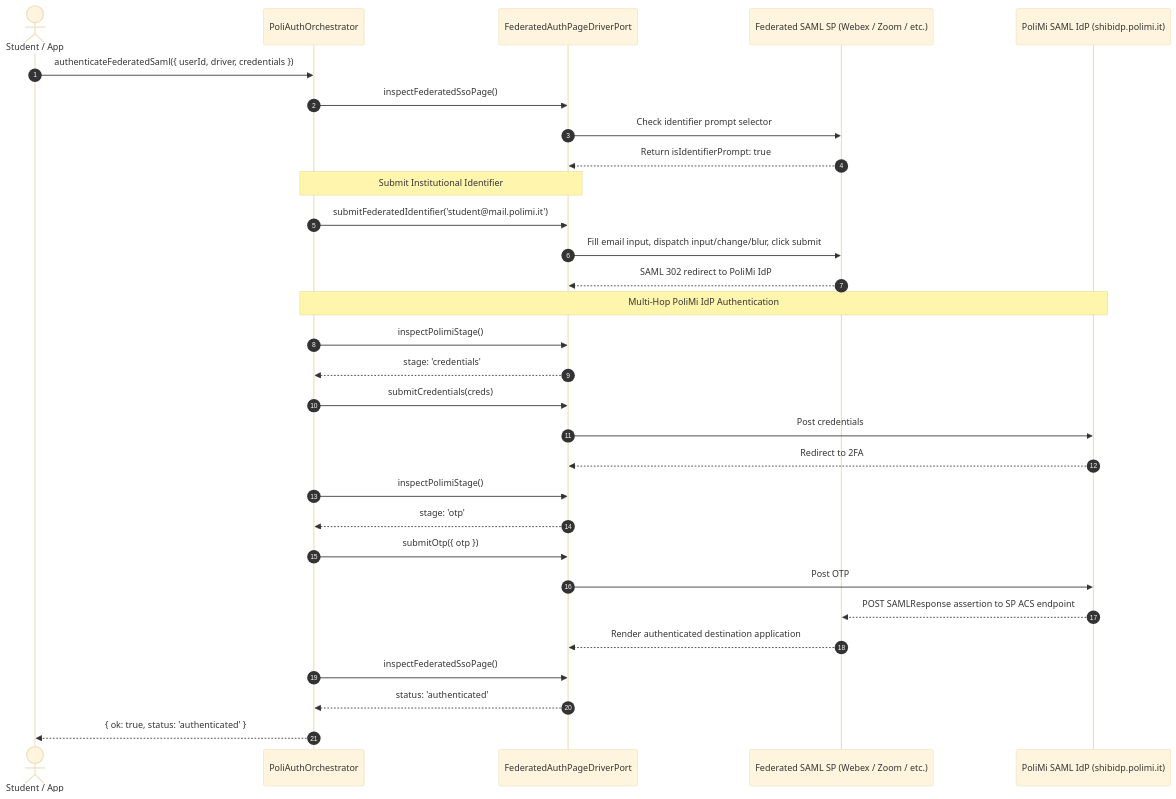
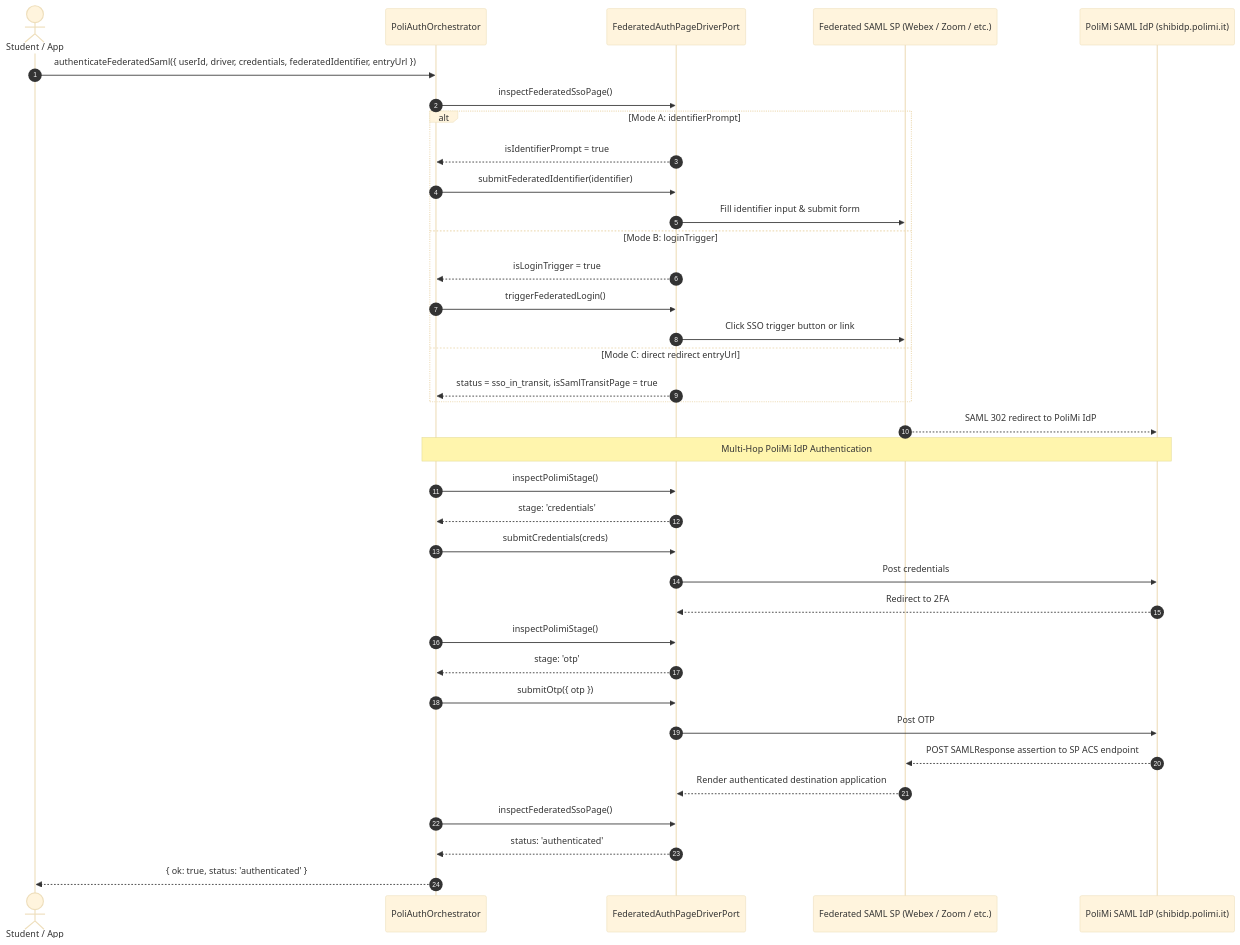
The fifth of 5 diagrams in packages/poliauth/docs/05-final-architecture-validation-and-scorecard.md (m-ebrahimzadeh/polisdk), drawn with Mermaid (base theme) before and after one commit. The commit also changed other lines of this file and 23 other files, not shown here.

First line of the commit message:
feat: Enhance Federated SAML SSO flow with new login modes and improved error handling

````diff
--- a/packages/poliauth/docs/05-final-architecture-validation-and-scorecard.md
+++ b/packages/poliauth/docs/05-final-architecture-validation-and-scorecard.md
@@ -215,37 +215,42 @@
 ```mermaid
 sequenceDiagram
   autonumber
   actor User as Student / App
   participant Orch as PoliAuthOrchestrator
   participant Driver as FederatedAuthPageDriverPort
   participant SP as Federated SAML SP (Webex / Zoom / etc.)
   participant IdP as PoliMi SAML IdP (shibidp.polimi.it)
 
-  User->>Orch: authenticateFederatedSaml({ userId, driver, credentials })
+  User->>Orch: authenticateFederatedSaml({ userId, driver, credentials, federatedIdentifier, entryUrl })
   Orch->>Driver: inspectFederatedSsoPage()
-  Driver->>SP: Check identifier prompt selector
-  SP-->>Driver: Return isIdentifierPrompt: true
-
-  Note over Orch,Driver: Submit Institutional Identifier
-  Orch->>Driver: submitFederatedIdentifier('student@mail.polimi.it')
-  Driver->>SP: Fill email input, dispatch input/change/blur, click submit
-  SP-->>Driver: SAML 302 redirect to PoliMi IdP
+  alt Mode A: identifierPrompt
+    Driver-->>Orch: isIdentifierPrompt = true
+    Orch->>Driver: submitFederatedIdentifier(identifier)
+    Driver->>SP: Fill identifier input & submit form
+  else Mode B: loginTrigger
+    Driver-->>Orch: isLoginTrigger = true
+    Orch->>Driver: triggerFederatedLogin()
+    Driver->>SP: Click SSO trigger button or link
+  else Mode C: direct redirect entryUrl
+    Driver-->>Orch: status = sso_in_transit, isSamlTransitPage = true
+  end
+  SP-->>IdP: SAML 302 redirect to PoliMi IdP
 
   Note over Orch,IdP: Multi-Hop PoliMi IdP Authentication
   Orch->>Driver: inspectPolimiStage()
   Driver-->>Orch: stage: 'credentials'
   Orch->>Driver: submitCredentials(creds)
   Driver->>IdP: Post credentials
   IdP-->>Driver: Redirect to 2FA
 
   Orch->>Driver: inspectPolimiStage()
   Driver-->>Orch: stage: 'otp'
   Orch->>Driver: submitOtp({ otp })
   Driver->>IdP: Post OTP
   IdP-->>SP: POST SAMLResponse assertion to SP ACS endpoint
   SP-->>Driver: Render authenticated destination application
 
   Orch->>Driver: inspectFederatedSsoPage()
   Driver-->>Orch: status: 'authenticated'
   Orch-->>User: { ok: true, status: 'authenticated' }
 ```
````
